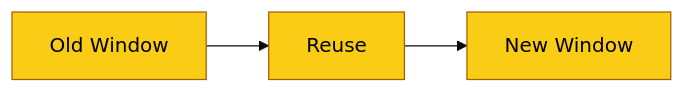
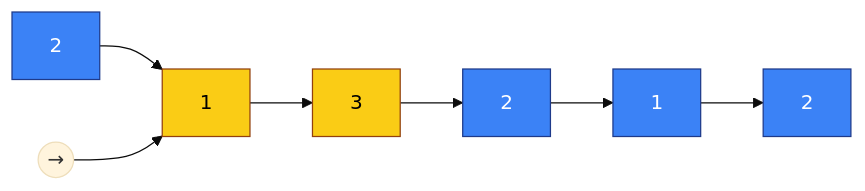
Before and after one commit to bhaskarneerati/coding-mermaid-diagrams: the eighth of 11 diagrams in sliding-window.md, drawn with Mermaid (base theme). The commit also changed other lines of this file, not shown here.

````diff
--- a/sliding-window.md
+++ b/sliding-window.md
@@ -86,13 +144,14 @@
 ```mermaid
 flowchart LR
-    Old[Old Window]
-    New[New Window]
+S1[2] --> S2[1] --> S3[3] --> S4[2] --> S5[1] --> S6[2]
 
-    Overlap[Reuse]
+arrow((→))
 
-    Old --> Overlap --> New
+arrow --> S2
 
-    classDef window fill:#facc15,stroke:#a16207,color:#000000;
+classDef base fill:#3b82f6,stroke:#1e3a8a,color:#ffffff;
+classDef window fill:#facc15,stroke:#92400e,color:#000000;
 
-    class Old,New,Overlap window;
+class S2,S3 window;
+class S1,S4,S5,S6 base;
 ```
````
